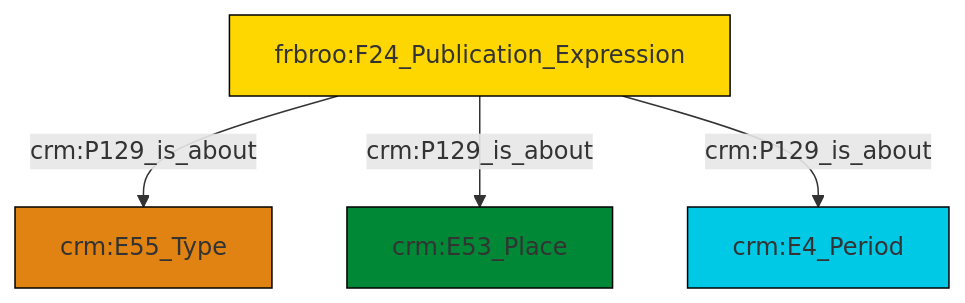
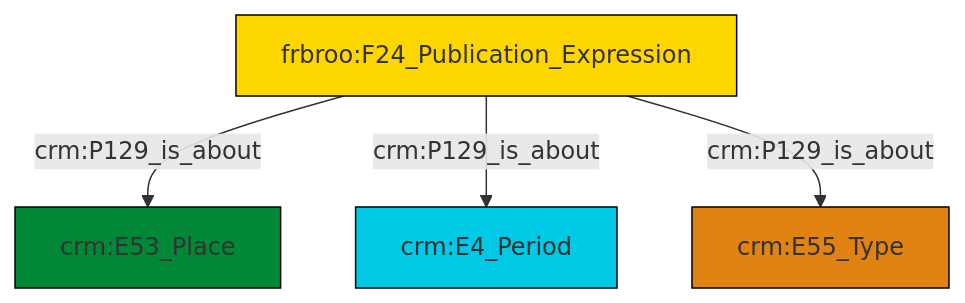
The diagram in et/biblioCSV/ttl/mmd/biblio_aboutness.ttl.mmd (swiss-art-research-net/docs.swissartresearch), drawn with Mermaid before and after one commit. The commit also changed 177 other files, not shown here.

```diff
--- a/et/biblioCSV/ttl/mmd/biblio_aboutness.ttl.mmd
+++ b/et/biblioCSV/ttl/mmd/biblio_aboutness.ttl.mmd
@@ -1,18 +1,18 @@
 graph TD
 classDef Literal fill:#f2f2f2,stroke:#000000;
 classDef CRM_Entity fill:#FFFFFF,stroke:#000000;
 classDef Temporal_Entity fill:#00C9E6, stroke:#000000;
 classDef Type fill:#E18312, stroke:#000000;
 classDef Time-Span fill:#2C9C91, stroke:#000000;
 classDef Appellation fill:#FFEB7F, stroke:#000000;
 classDef Place fill:#008836, stroke:#000000;
 classDef Persistent_Item fill:#B266B2, stroke:#000000;
 classDef Conceptual_Object fill:#FFD700, stroke:#000000;
 classDef Physical_Thing fill:#D2B48C, stroke:#000000;
 classDef Actor fill:#f58aad, stroke:#000000;
 classDef PC_Classes fill:#4ce600, stroke:#000000;
 classDef Multi fill:#cccccc,stroke:#000000;
 
-0["frbroo:F24_Publication_Expression"]:::Conceptual_Object -->|crm:P129_is_about| 2["crm:E55_Type"]:::Type
-0["frbroo:F24_Publication_Expression"]:::Conceptual_Object -->|crm:P129_is_about| 6["crm:E53_Place"]:::Place
-0["frbroo:F24_Publication_Expression"]:::Conceptual_Object -->|crm:P129_is_about| 4["crm:E4_Period"]:::Temporal_Entity
+2["frbroo:F24_Publication_Expression"]:::Conceptual_Object -->|crm:P129_is_about| 0["crm:E53_Place"]:::Place
+2["frbroo:F24_Publication_Expression"]:::Conceptual_Object -->|crm:P129_is_about| 4["crm:E4_Period"]:::Temporal_Entity
+2["frbroo:F24_Publication_Expression"]:::Conceptual_Object -->|crm:P129_is_about| 6["crm:E55_Type"]:::Type
```
